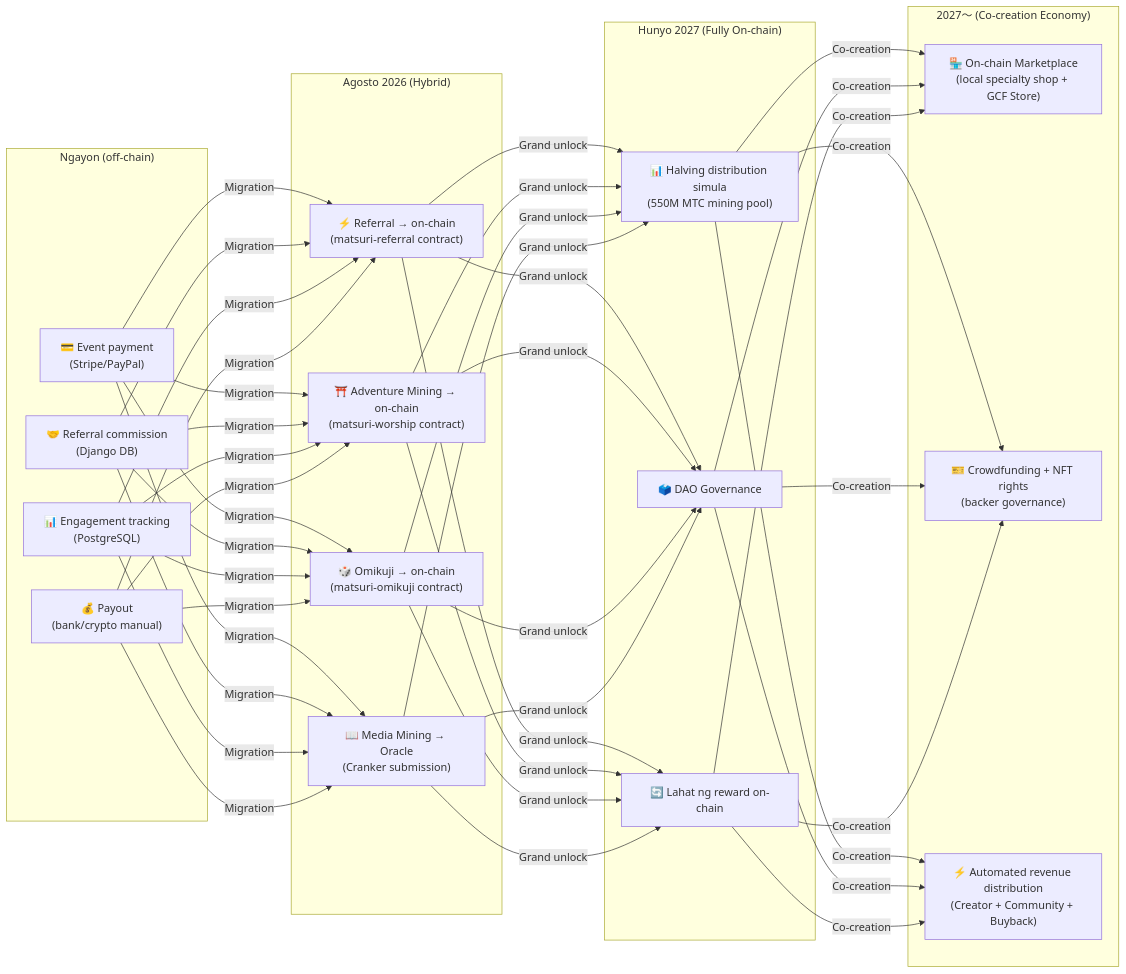
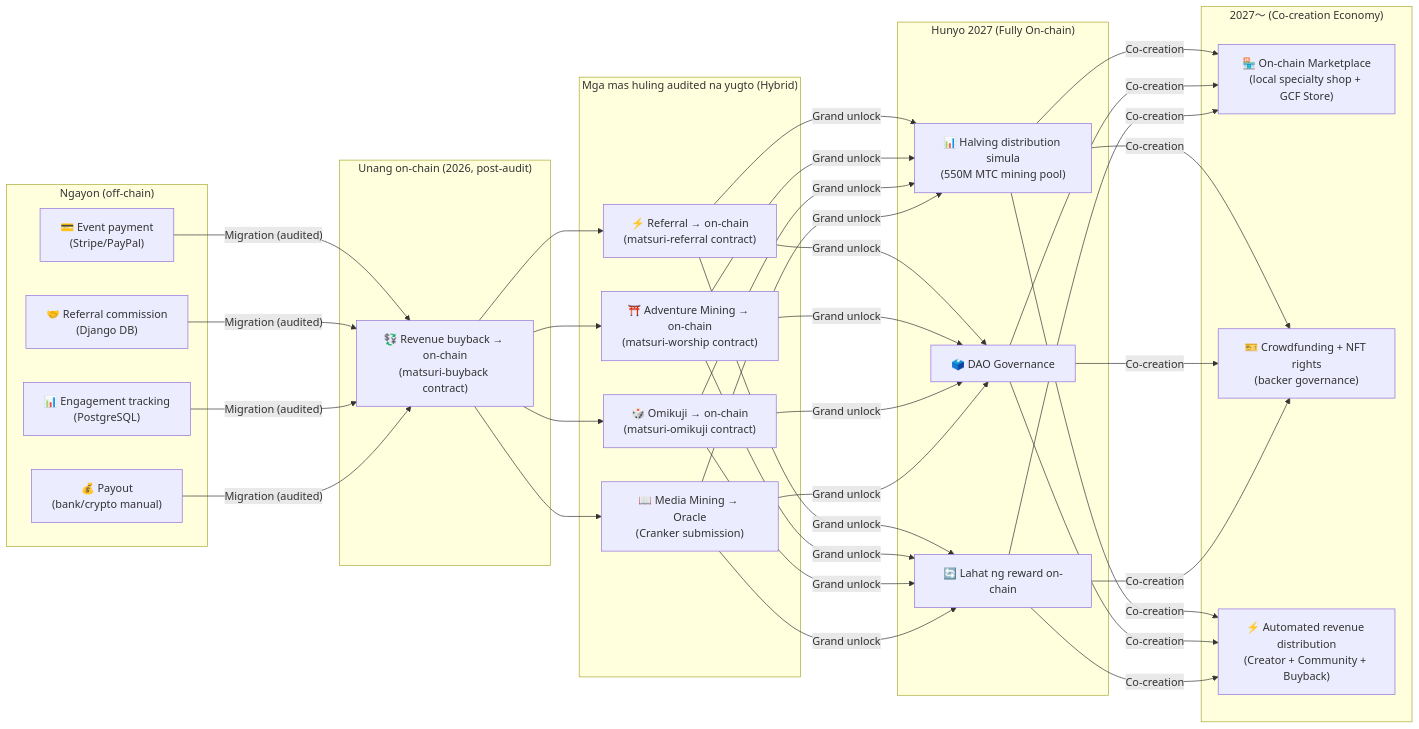
One commit to Cootakahashi/matsuri-dao-whitepaper changed the fourth of 4 diagrams in i18n/fil/docusaurus-plugin-content-docs/current/04-mining.md. Above: the diagram before and after it, drawn with Mermaid. The commit also changed other lines of this file and 79 other files, not shown here.

First line of the commit message:
docs: re-sequence on-chain roadmap to match the staged Hashlock audit (20 locales)

````diff
--- a/i18n/fil/docusaurus-plugin-content-docs/current/04-mining.md
+++ b/i18n/fil/docusaurus-plugin-content-docs/current/04-mining.md
@@ -334,28 +344,32 @@
 ```mermaid
 graph LR
     subgraph "Ngayon (off-chain)"
         O1["💳 Event payment\n(Stripe/PayPal)"]
         O2["🤝 Referral commission\n(Django DB)"]
         O3["📊 Engagement tracking\n(PostgreSQL)"]
         O4["💰 Payout\n(bank/crypto manual)"]
     end
-    subgraph "Agosto 2026 (Hybrid)"
+    subgraph "Unang on-chain (2026, post-audit)"
+        H0["💱 Revenue buyback → on-chain\n(matsuri-buyback contract)"]
+    end
+    subgraph "Mga mas huling audited na yugto (Hybrid)"
         H1["⚡ Referral → on-chain\n(matsuri-referral contract)"]
         H2["⛩️ Adventure Mining → on-chain\n(matsuri-worship contract)"]
         H3["🎲 Omikuji → on-chain\n(matsuri-omikuji contract)"]
         H4["📖 Media Mining → Oracle\n(Cranker submission)"]
     end
     subgraph "Hunyo 2027 (Fully On-chain)"
         F1["📊 Halving distribution simula\n(550M MTC mining pool)"]
         F2["🗳️ DAO Governance"]
         F3["🔄 Lahat ng reward on-chain"]
     end
     subgraph "2027〜 (Co-creation Economy)"
         G1["🏪 On-chain Marketplace\n(local specialty shop + GCF Store)"]
         G2["🎫 Crowdfunding + NFT rights\n(backer governance)"]
         G3["⚡ Automated revenue distribution\n(Creator + Community + Buyback)"]
     end
-    O1 & O2 & O3 & O4 -->|"Migration"| H1 & H2 & H3 & H4
+    O1 & O2 & O3 & O4 -->|"Migration (audited)"| H0
+    H0 --> H1 & H2 & H3 & H4
     H1 & H2 & H3 & H4 -->|"Grand unlock"| F1 & F2 & F3
     F1 & F2 & F3 -->|"Co-creation"| G1 & G2 & G3
 ```
````
